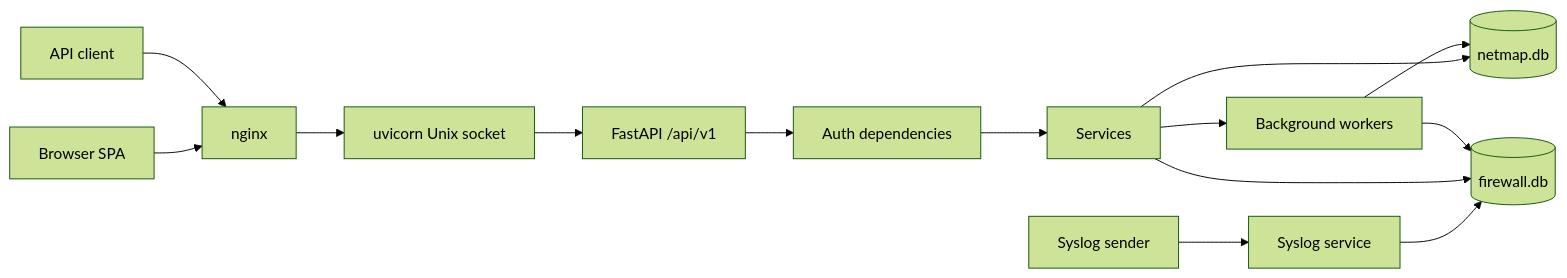
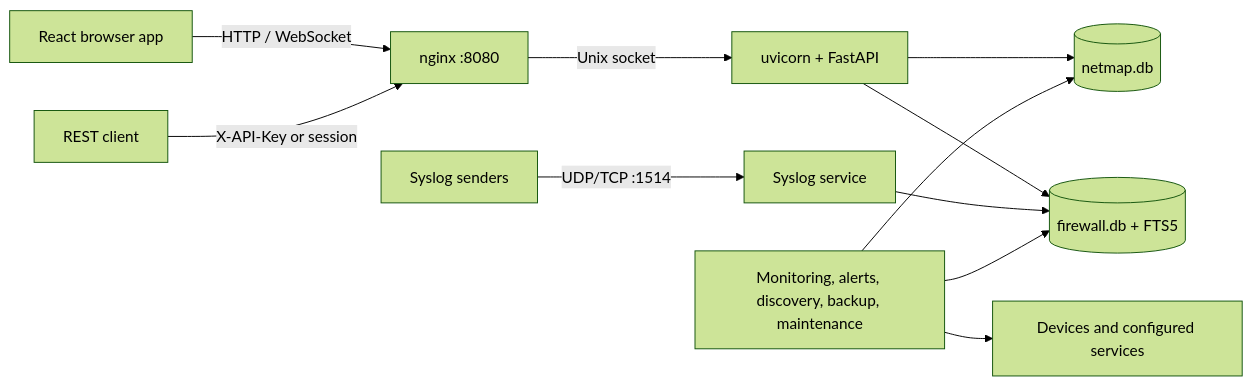
One commit to xoriin/netmap-docs changed the diagram in product-introduction/architecture.md. Above: the diagram before and after it, drawn with Mermaid (forest theme). The commit also changed other lines of this file and 23 other files, not shown here.

````diff
--- a/product-introduction/architecture.md
+++ b/product-introduction/architecture.md
@@ -10,16 +13,13 @@
 ```mermaid
 flowchart LR
-    Browser[Browser SPA] --> Nginx[nginx]
-    Client[API client] --> Nginx
-    Device[Syslog sender] --> Syslog[Syslog service]
-    Nginx --> Uvicorn[uvicorn Unix socket]
-    Uvicorn --> API[FastAPI /api/v1]
-    API --> Auth[Auth dependencies]
-    Auth --> Services[Services]
-    Services --> MainDB[(netmap.db)]
-    Syslog --> FirewallDB[(firewall.db)]
-    Services --> FirewallDB
-    Services --> Workers[Background workers]
-    Workers --> MainDB
-    Workers --> FirewallDB
+    Browser[React browser app] -->|HTTP / WebSocket| Nginx[nginx :8080]
+    Client[REST client] -->|X-API-Key or session| Nginx
+    Senders[Syslog senders] -->|UDP/TCP :1514| Syslog[Syslog service]
+    Nginx -->|Unix socket| API[uvicorn + FastAPI]
+    API --> Main[(netmap.db)]
+    API --> Firewall[(firewall.db + FTS5)]
+    Syslog --> Firewall
+    Workers[Monitoring, alerts, discovery, backup, maintenance] --> Main
+    Workers --> Firewall
+    Workers --> Network[Devices and configured services]
 ```
````
